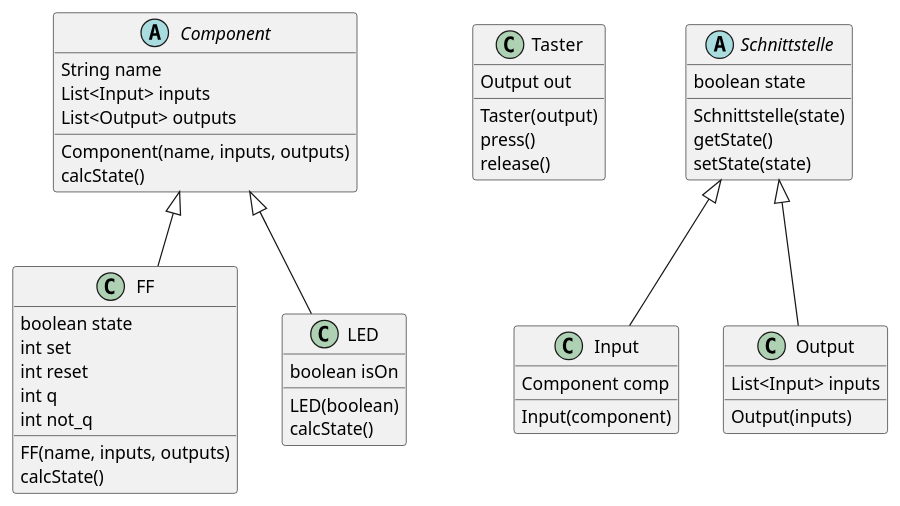
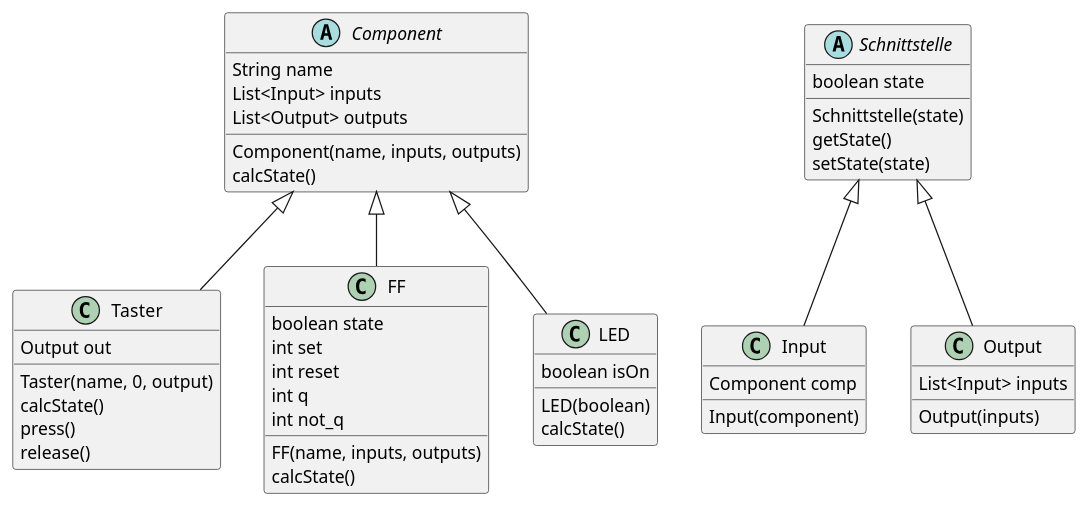
One commit to Ali8105/sew5_sem1 changed the diagram in src/ue00_Schaltung/uml.puml. Above: the diagram before and after it, drawn with PlantUML. The commit also changed 31 other files, not shown here.

```diff
--- a/src/ue00_Schaltung/uml.puml
+++ b/src/ue00_Schaltung/uml.puml
@@ -1,57 +1,60 @@
 @startuml
 
 abstract class Component {
 String name
 List<Input> inputs
 List<Output> outputs
 Component(name, inputs, outputs)
 calcState()
 }
 
 class Taster{
 Output out
-Taster(output)
+Taster(name, 0, output)
+calcState()
 press()
 release()
 }
 
 abstract class Schnittstelle{
 boolean state
 Schnittstelle(state)
 getState()
 setState(state)
 }
 
 
 class Input{
 Component comp
 Input(component)
 }
 
 class Output{
 List<Input> inputs
 Output(inputs)
 }
 
 class FF{
 boolean state
 int set
 int reset
 int q
 int not_q
 FF(name, inputs, outputs)
 calcState()
 }
 
 class LED{
 boolean isOn
 LED(boolean)
 calcState()
 }
 
 Component <|-- FF
 
 Component <|-- LED
 Schnittstelle <|-- Input
 Schnittstelle <|-- Output
+
+Component <|-- Taster
 @enduml
```
